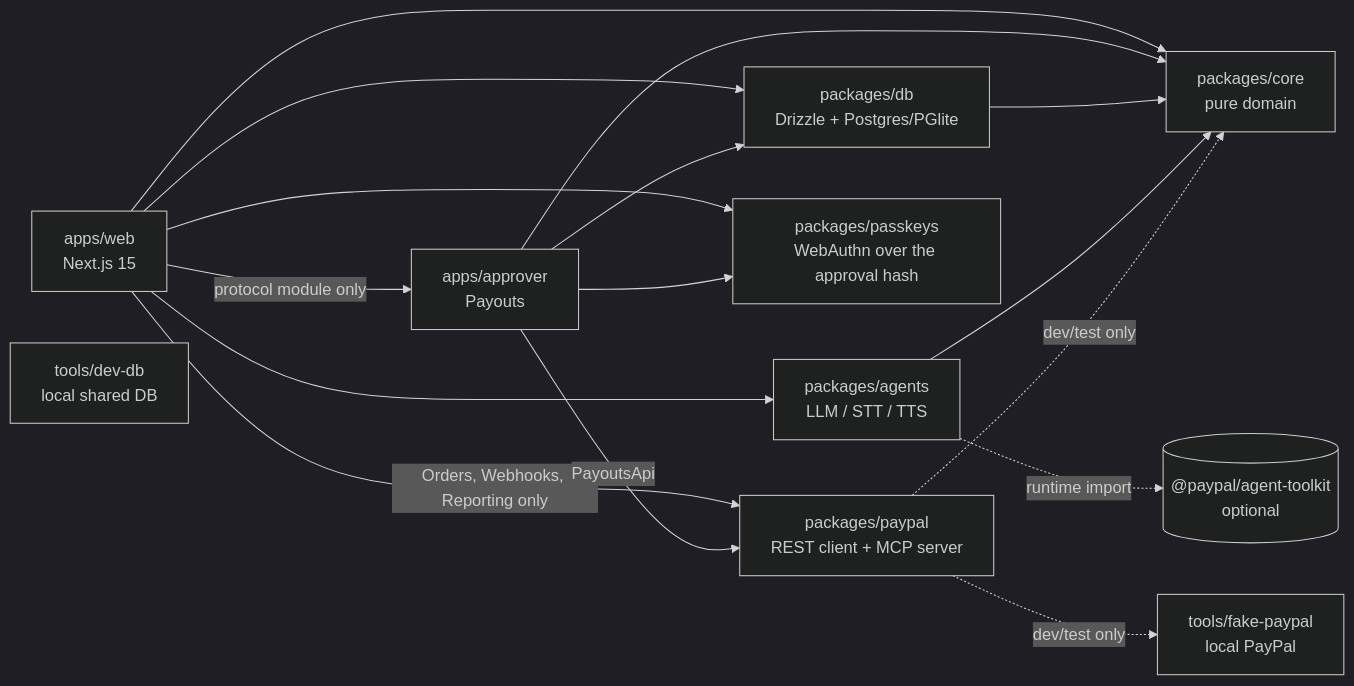
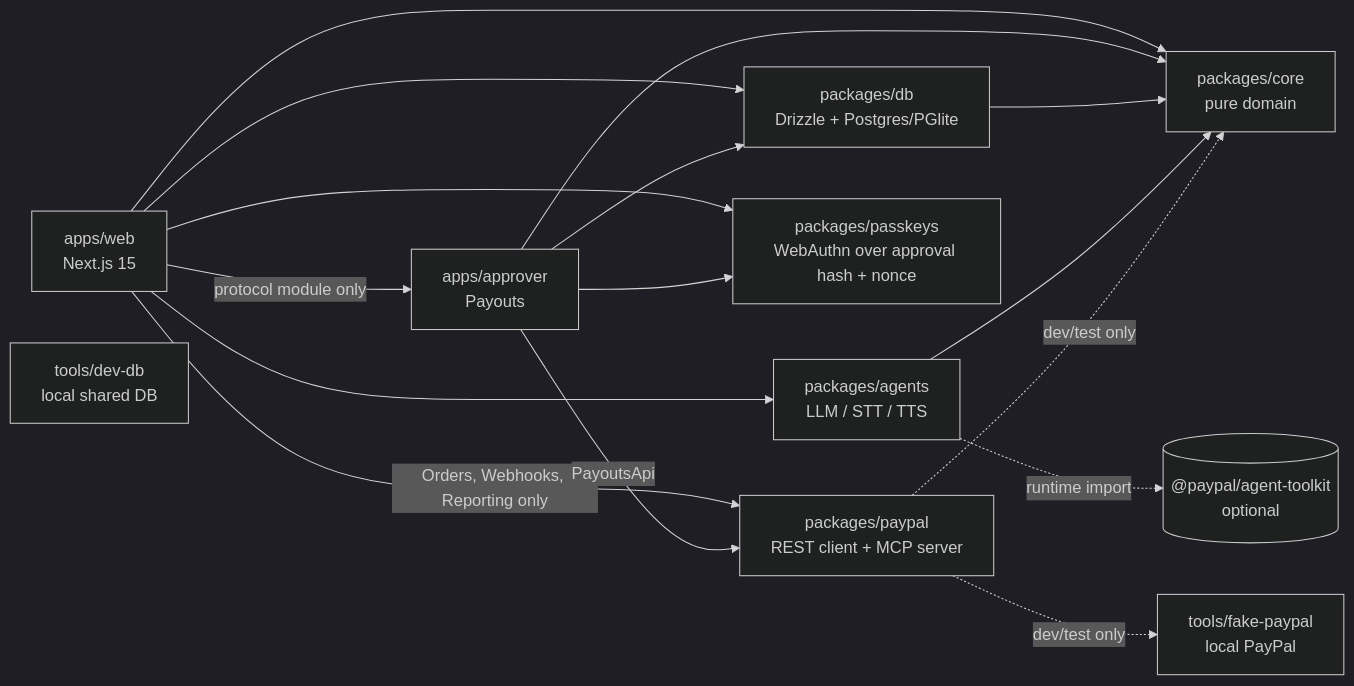
Before and after one commit to Aaaaarin/neighborline: the second of 4 diagrams in docs/ARCHITECTURE.md, drawn with Mermaid (dark theme). The commit also changed other lines of this file and 9 other files, not shown here.

First line of the commit message:
docs: DEMO, SPEC, SECURITY, ARCHITECTURE, AI, INTEGRATION match the real engine (no in-memory claims, nonce-bound challenges, signed curl, non-public reset, measured 22 s); drop NEIGHBORLINE_REQUIRE_PASSKEYS

````diff
--- a/docs/ARCHITECTURE.md
+++ b/docs/ARCHITECTURE.md
@@ -66,29 +66,29 @@
 ```mermaid
 flowchart LR
     web[apps/web<br/>Next.js 15]
     approver[apps/approver<br/>Payouts]
     core[packages/core<br/>pure domain]
     db[packages/db<br/>Drizzle + Postgres/PGlite]
     agents[packages/agents<br/>LLM / STT / TTS]
     paypal[packages/paypal<br/>REST client + MCP server]
-    passkeys[packages/passkeys<br/>WebAuthn over the approval hash]
+    passkeys[packages/passkeys<br/>WebAuthn over approval hash + nonce]
     fake[tools/fake-paypal<br/>local PayPal]
     devdb[tools/dev-db<br/>local shared DB]
     toolkit[("@paypal/agent-toolkit<br/>optional")]
 
     web --> core
     web --> db
     web --> agents
     web -->|Orders, Webhooks, Reporting only| paypal
     web --> passkeys
     web -->|protocol module only| approver
     approver --> core
     approver --> db
     approver --> passkeys
     approver -->|PayoutsApi| paypal
     db --> core
     agents --> core
     agents -. runtime import .-> toolkit
     paypal -. dev/test only .-> core
     paypal -. dev/test only .-> fake
 ```
````
